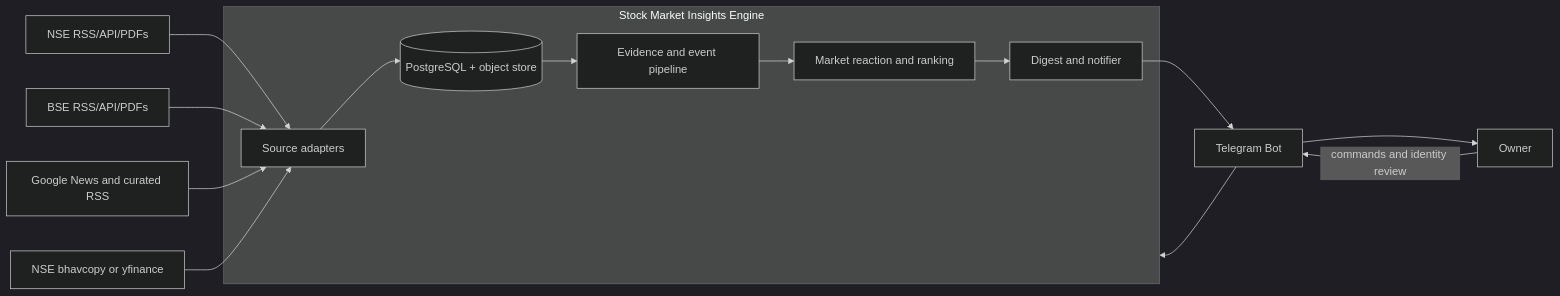
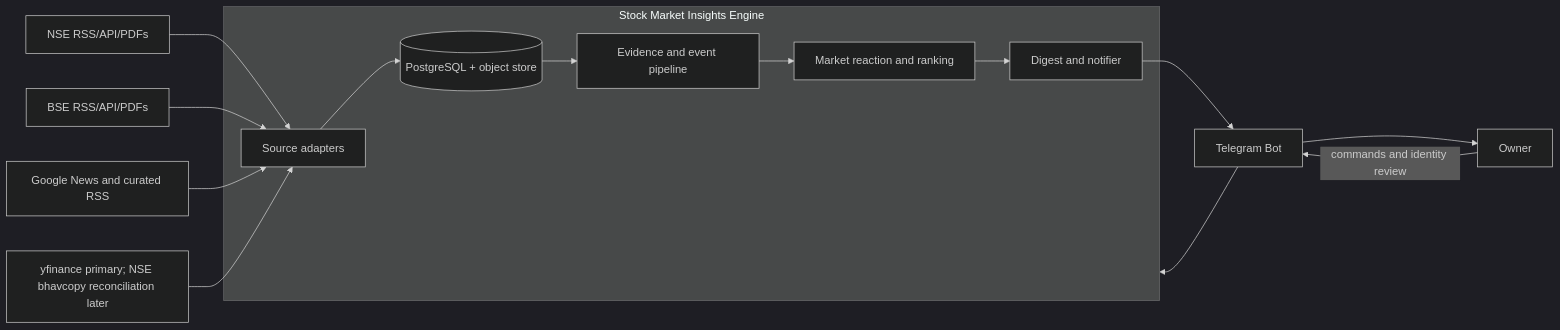
Before and after one commit to product-noob/stock-tracker: the first of 3 diagrams in docs/architecture-hld.md, drawn with Mermaid (dark theme). The commit also changed other lines of this file and 35 other files, not shown here.

````diff
--- a/docs/architecture-hld.md
+++ b/docs/architecture-hld.md
@@ -43,24 +53,24 @@
 ```mermaid
 flowchart LR
     NSE[NSE RSS/API/PDFs]
     BSE[BSE RSS/API/PDFs]
     NEWS[Google News and curated RSS]
-    PRICES[NSE bhavcopy or yfinance]
+    PRICES[yfinance primary; NSE bhavcopy reconciliation later]
     USER[Owner]
     TG[Telegram Bot]
 
     subgraph ENGINE[Stock Market Insights Engine]
       FETCH[Source adapters]
       STORE[(PostgreSQL + object store)]
       INTEL[Evidence and event pipeline]
       SIGNAL[Market reaction and ranking]
       DELIVER[Digest and notifier]
     end
 
     NSE --> FETCH
     BSE --> FETCH
     NEWS --> FETCH
     PRICES --> FETCH
     FETCH --> STORE --> INTEL --> SIGNAL --> DELIVER --> TG --> USER
     USER -->|commands and identity review| TG --> ENGINE
 ```
````
